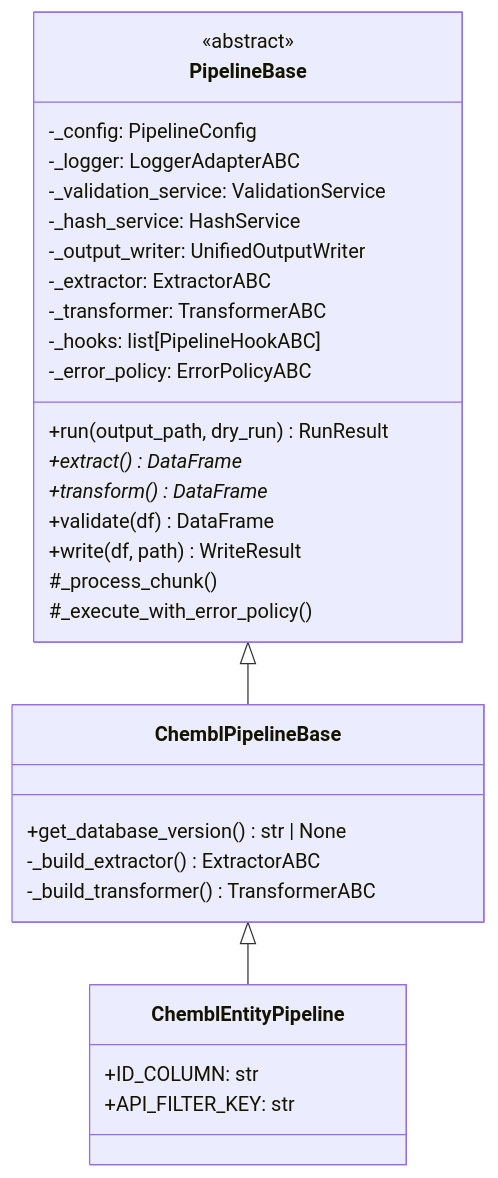
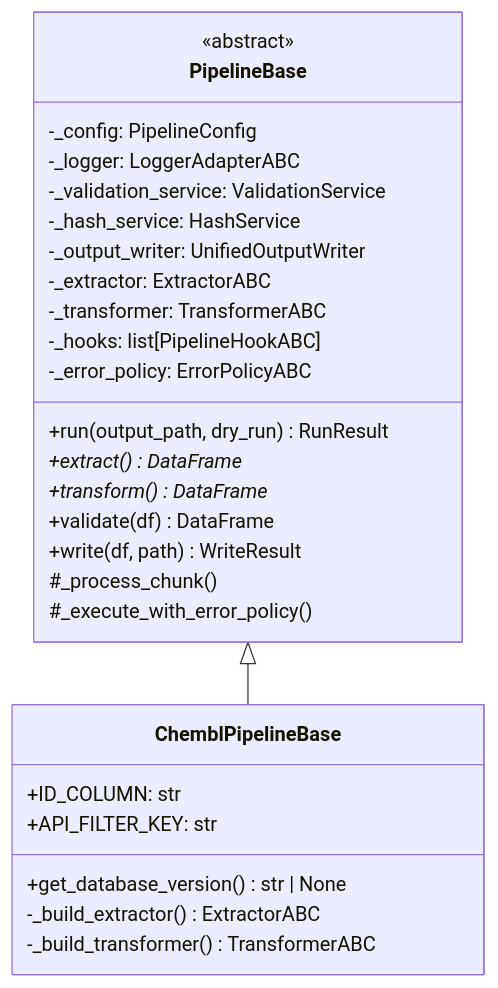
The first of 10 diagrams in docs/architecture/13-class-diagrams-application.md (SatoryKono/BioactivityDataAcquisition), drawn with Mermaid before and after one commit. The commit also changed other lines of this file and 35 other files, not shown here.

Commit message:
Refactor Chembl pipeline base key resolution

````diff
--- a/docs/architecture/13-class-diagrams-application.md
+++ b/docs/architecture/13-class-diagrams-application.md
@@ -10,39 +10,35 @@
 ```mermaid
 ---
 id: e95de373-b6d8-46a5-8621-9e6ad6b48ff6
 ---
 classDiagram
     class PipelineBase {
         <<abstract>>
         -_config: PipelineConfig
         -_logger: LoggerAdapterABC
         -_validation_service: ValidationService
         -_hash_service: HashService
         -_output_writer: UnifiedOutputWriter
         -_extractor: ExtractorABC
         -_transformer: TransformerABC
         -_hooks: list[PipelineHookABC]
         -_error_policy: ErrorPolicyABC
         +run(output_path, dry_run) RunResult
         +extract()* DataFrame
         +transform()* DataFrame
         +validate(df) DataFrame
         +write(df, path) WriteResult
         #_process_chunk()
         #_execute_with_error_policy()
     }
 
     class ChemblPipelineBase {
         +get_database_version() str | None
         -_build_extractor() ExtractorABC
         -_build_transformer() TransformerABC
-    }
-
-    class ChemblEntityPipeline {
         +ID_COLUMN: str
         +API_FILTER_KEY: str
     }
 
     PipelineBase <|-- ChemblPipelineBase
-    ChemblPipelineBase <|-- ChemblEntityPipeline
 ```
````
